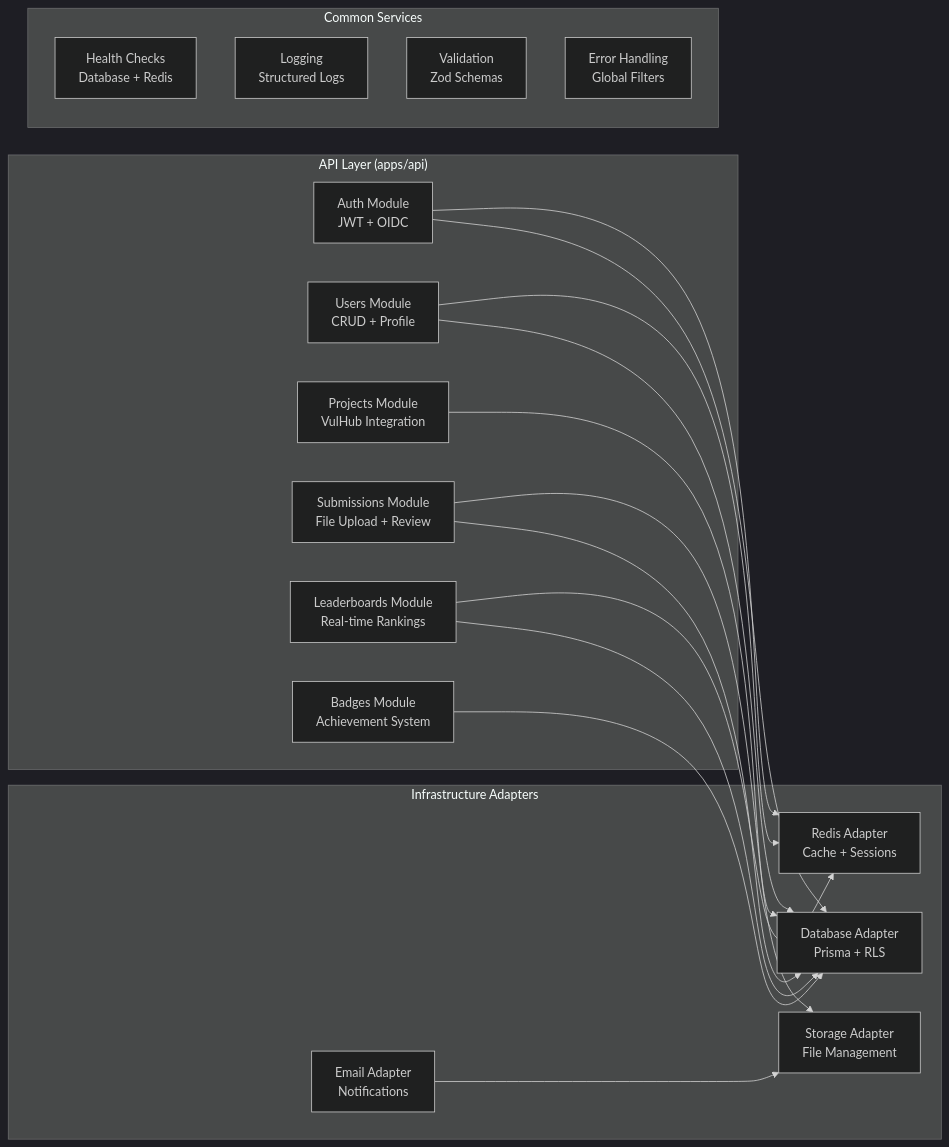
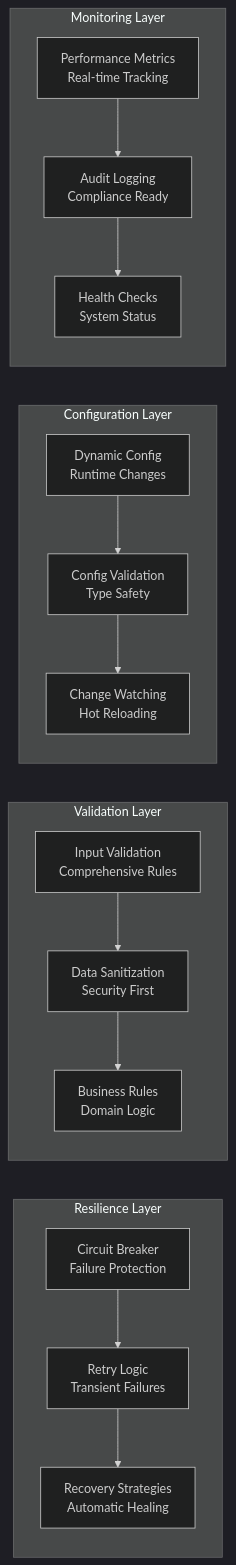
One commit to des-work/VulHub-LeaderBoard-Web changed the second of 2 diagrams in README.md. Above: the diagram before and after it, drawn with Mermaid (dark theme). The commit also changed other lines of this file and 48 other files, not shown here.

````diff
--- a/README.md
+++ b/README.md
@@ -96,39 +101,35 @@
 ```mermaid
 graph LR
-    subgraph "API Layer (apps/api)"
-        AUTH_MOD[Auth Module<br/>JWT + OIDC]
-        USER_MOD[Users Module<br/>CRUD + Profile]
-        PROJ_MOD[Projects Module<br/>VulHub Integration]
-        SUB_MOD[Submissions Module<br/>File Upload + Review]
-        LEAD_MOD[Leaderboards Module<br/>Real-time Rankings]
-        BADGE_MOD[Badges Module<br/>Achievement System]
+    subgraph "Resilience Layer"
+        CB[Circuit Breaker<br/>Failure Protection]
+        RETRY[Retry Logic<br/>Transient Failures]
+        RECOVERY[Recovery Strategies<br/>Automatic Healing]
     end
     
-    subgraph "Infrastructure Adapters"
-        DB_ADAPTER[Database Adapter<br/>Prisma + RLS]
-        REDIS_ADAPTER[Redis Adapter<br/>Cache + Sessions]
-        STORAGE_ADAPTER[Storage Adapter<br/>File Management]
-        EMAIL_ADAPTER[Email Adapter<br/>Notifications]
+    subgraph "Validation Layer"
+        INPUT[Input Validation<br/>Comprehensive Rules]
+        SANITIZE[Data Sanitization<br/>Security First]
+        BUSINESS[Business Rules<br/>Domain Logic]
     end
     
-    subgraph "Common Services"
-        HEALTH[Health Checks<br/>Database + Redis]
-        LOGGING[Logging<br/>Structured Logs]
-        VALIDATION[Validation<br/>Zod Schemas]
-        ERRORS[Error Handling<br/>Global Filters]
+    subgraph "Configuration Layer"
+        DYNAMIC[Dynamic Config<br/>Runtime Changes]
+        VALIDATE[Config Validation<br/>Type Safety]
+        WATCH[Change Watching<br/>Hot Reloading]
     end
     
-    AUTH_MOD --> DB_ADAPTER
-    USER_MOD --> DB_ADAPTER
-    PROJ_MOD --> DB_ADAPTER
-    SUB_MOD --> DB_ADAPTER
-    LEAD_MOD --> DB_ADAPTER
-    BADGE_MOD --> DB_ADAPTER
+    subgraph "Monitoring Layer"
+        METRICS[Performance Metrics<br/>Real-time Tracking]
+        AUDIT[Audit Logging<br/>Compliance Ready]
+        HEALTH[Health Checks<br/>System Status]
+    end
     
-    AUTH_MOD --> REDIS_ADAPTER
-    USER_MOD --> REDIS_ADAPTER
-    LEAD_MOD --> REDIS_ADAPTER
-    
-    SUB_MOD --> STORAGE_ADAPTER
-    EMAIL_ADAPTER --> STORAGE_ADAPTER
+    CB --> RETRY
+    RETRY --> RECOVERY
+    INPUT --> SANITIZE
+    SANITIZE --> BUSINESS
+    DYNAMIC --> VALIDATE
+    VALIDATE --> WATCH
+    METRICS --> AUDIT
+    AUDIT --> HEALTH
 ```
````
